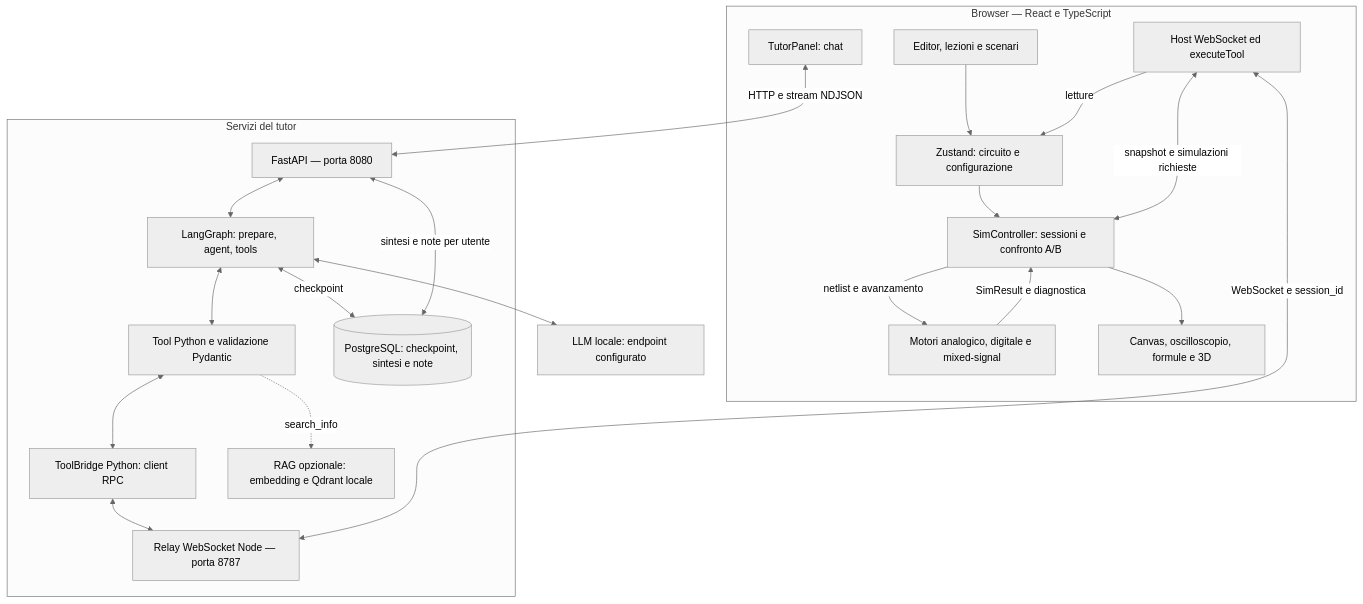
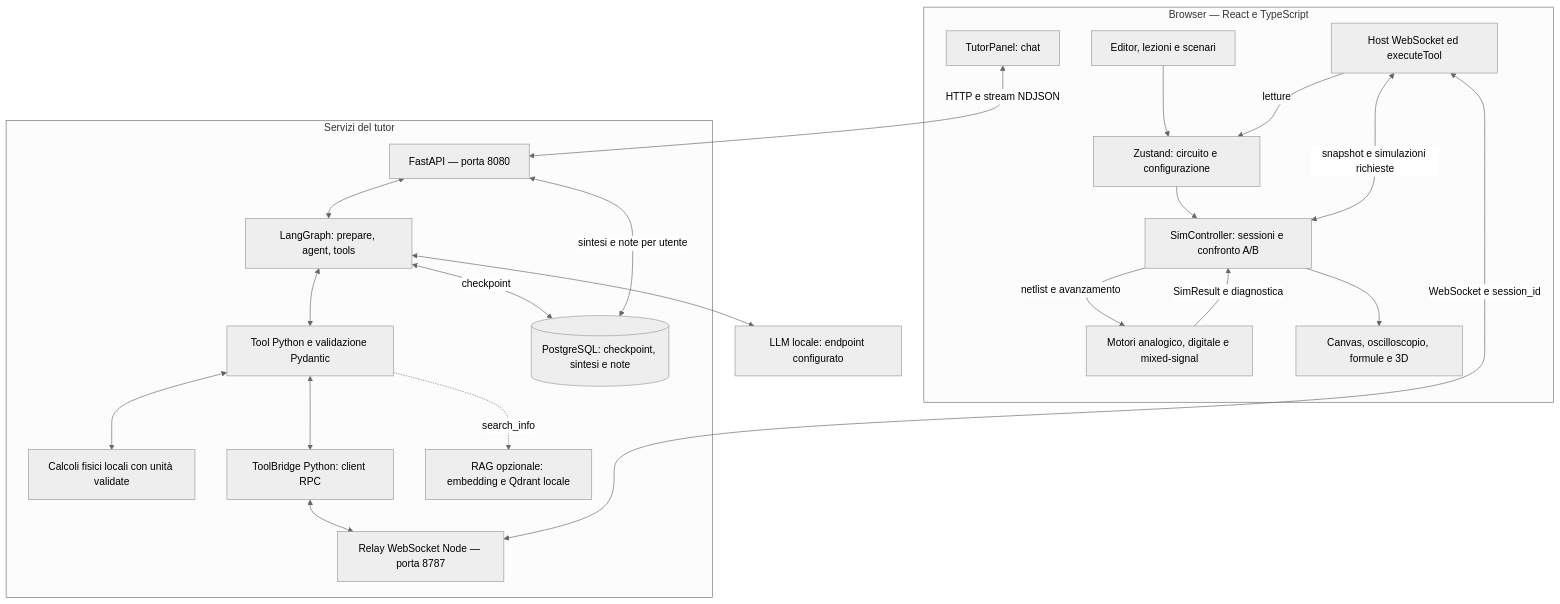
The first of 3 diagrams in README.md (calogero93/circuit), drawn with Mermaid (neutral theme) before and after one commit. The commit also changed other lines of this file and 182 other files, not shown here.

````diff
--- a/README.md
+++ b/README.md
@@ -45,39 +45,41 @@
 ```mermaid
 flowchart TB
     subgraph Browser["Browser — React e TypeScript"]
         Editor["Editor, lezioni e scenari"]
         Store["Zustand: circuito e configurazione"]
         Controller["SimController: sessioni e confronto A/B"]
         Engines["Motori analogico, digitale e mixed-signal"]
         Views["Canvas, oscilloscopio, formule e 3D"]
         Tutor["TutorPanel: chat"]
         Host["Host WebSocket ed executeTool"]
         Editor --> Store --> Controller
         Controller -->|"netlist e avanzamento"| Engines
         Engines -->|"SimResult e diagnostica"| Controller
         Controller --> Views
         Host <-->|"snapshot e simulazioni richieste"| Controller
         Host -->|"letture"| Store
     end
 
     subgraph Services["Servizi del tutor"]
         API["FastAPI — porta 8080"]
         Graph["LangGraph: prepare, agent, tools"]
         Tools["Tool Python e validazione Pydantic"]
+        Calculations["Calcoli fisici locali con unità validate"]
         Bridge["ToolBridge Python: client RPC"]
         Relay["Relay WebSocket Node — porta 8787"]
         Memory[("PostgreSQL: checkpoint, sintesi e note")]
         RAG["RAG opzionale: embedding e Qdrant locale"]
         API <--> Graph
         Graph <--> Tools
+        Tools <--> Calculations
         Tools <--> Bridge <--> Relay
         Graph <-->|"checkpoint"| Memory
         API <-->|"sintesi e note per utente"| Memory
         Tools -.->|"search_info"| RAG
     end
 
     Model["LLM locale: endpoint configurato"]
     Tutor <-->|"HTTP e stream NDJSON"| API
     Graph <--> Model
     Host <-->|"WebSocket e session_id"| Relay
 ```
````
